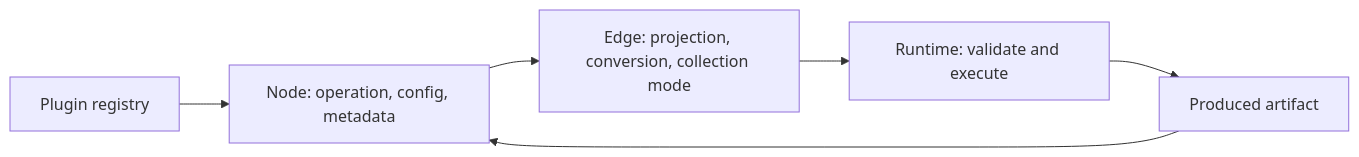
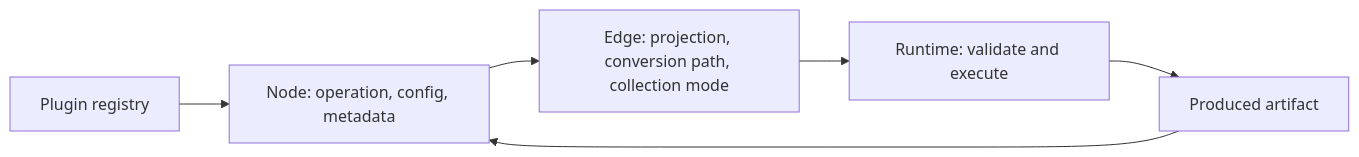
One commit to artpods56/KUL_IDUB_EcclesialSchematisms changed the diagram in docs/workbench-interaction-plan.md. Above: the diagram before and after it, drawn with Mermaid. The commit also changed other lines of this file and 61 other files, not shown here.

````diff
--- a/docs/workbench-interaction-plan.md
+++ b/docs/workbench-interaction-plan.md
@@ -24,8 +24,8 @@
 ```mermaid
 flowchart LR
     Registry["Plugin registry"] --> Node["Node: operation, config, metadata"]
-    Node --> Edge["Edge: projection, conversion, collection mode"]
+    Node --> Edge["Edge: projection, conversion path, collection mode"]
     Edge --> Runtime["Runtime: validate and execute"]
     Runtime --> Artifact["Produced artifact"]
     Artifact --> Node
 ```
````
